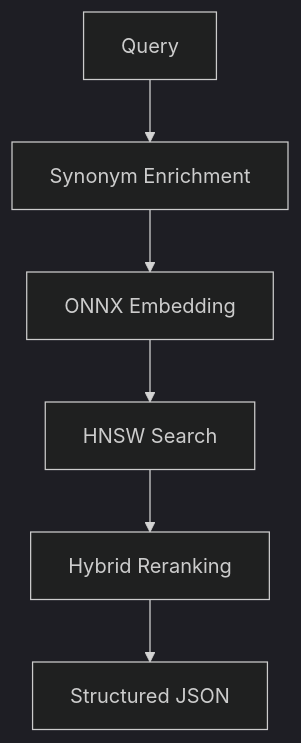
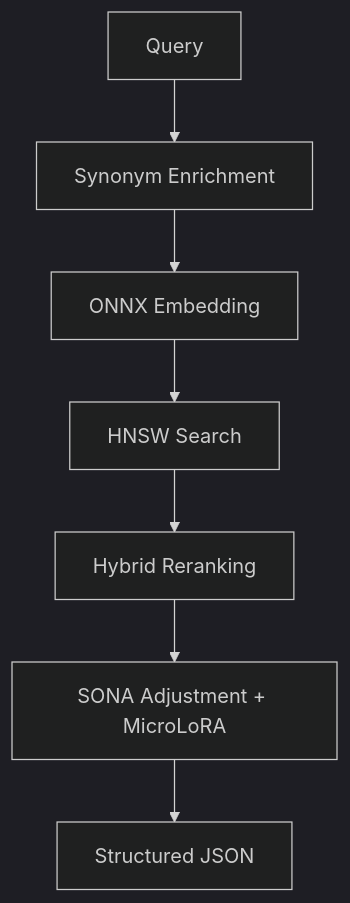
Before and after one commit to krejcif/magector: the third of 11 diagrams in README.md, drawn with Mermaid (dark theme). The commit also changed other lines of this file and 19 other files, not shown here.

````diff
--- a/README.md
+++ b/README.md
@@ -114,8 +123,9 @@
 ```mermaid
 flowchart TD
   Q[Query] --> E1[Synonym Enrichment]
   E1 --> E2[ONNX Embedding]
   E2 --> H[HNSW Search]
   H --> R[Hybrid Reranking]
-  R --> J[Structured JSON]
+  R --> SA[SONA Adjustment + MicroLoRA]
+  SA --> J[Structured JSON]
 ```
````
